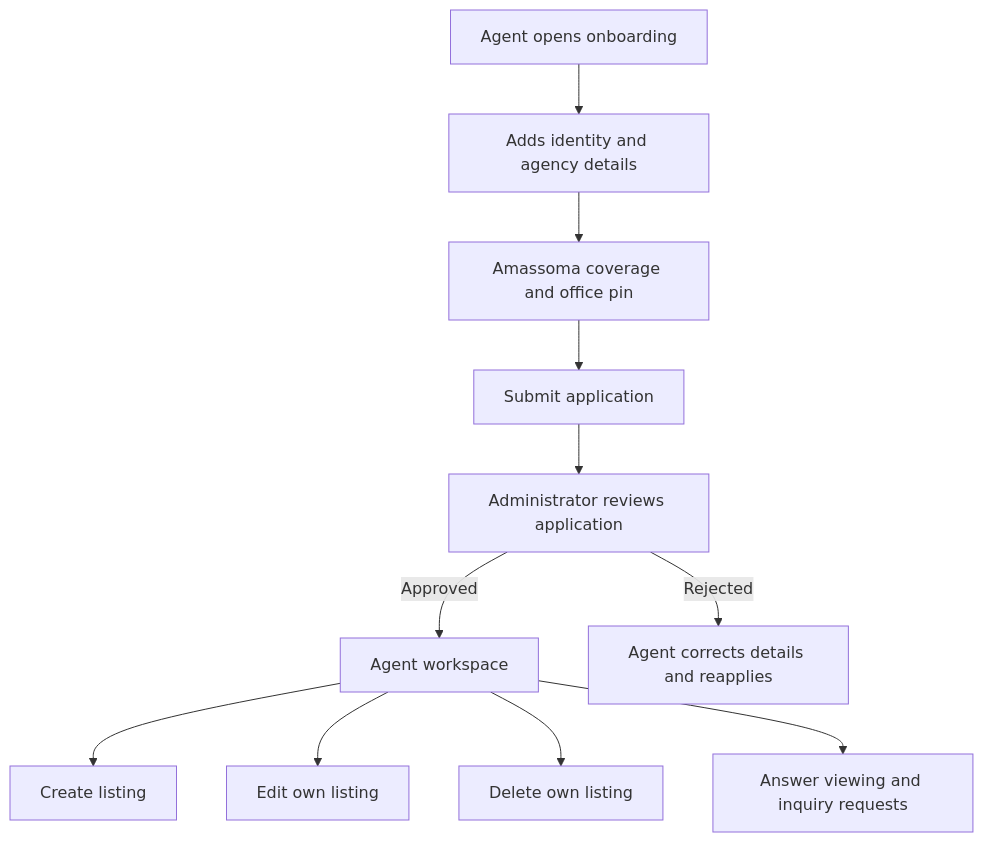
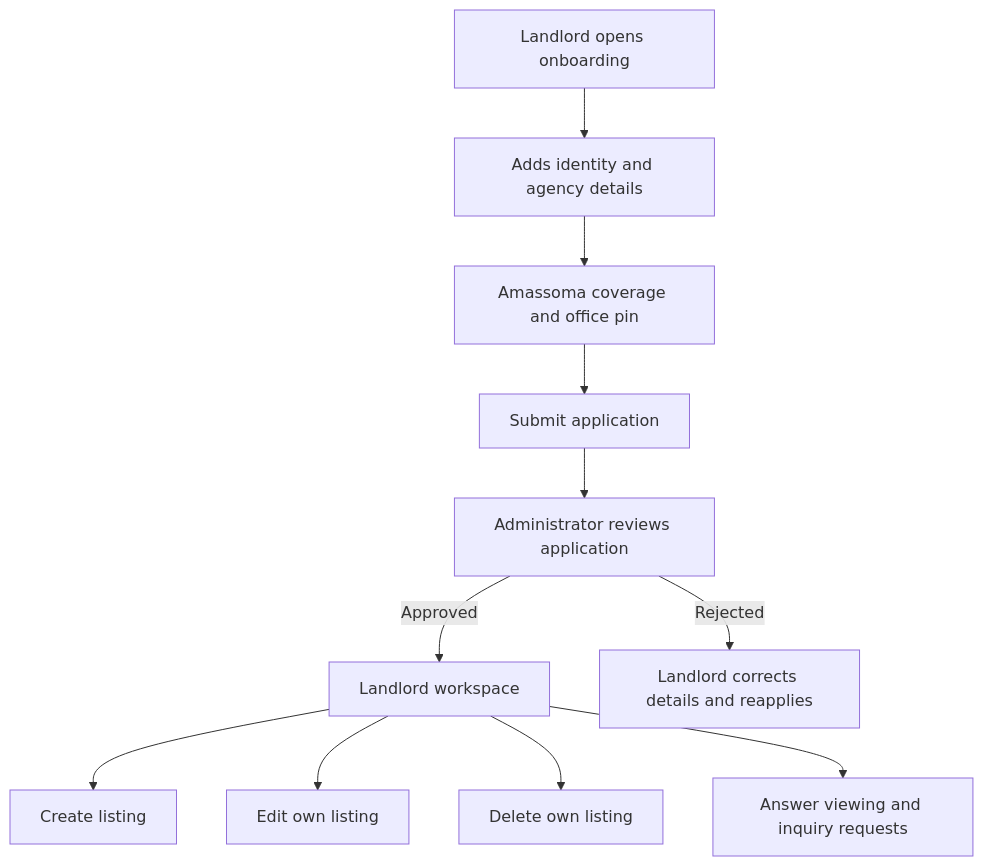
One commit to Tkay6677/oliv_homes changed the third of 7 diagrams in docs/oliv-homes.md. Above: the diagram before and after it, drawn with Mermaid. The commit also changed other lines of this file and 28 other files, not shown here.

````diff
--- a/docs/oliv-homes.md
+++ b/docs/oliv-homes.md
@@ -178,13 +178,13 @@
 ```mermaid
 flowchart TD
-	Apply["Agent opens onboarding"] --> Form["Adds identity and agency details"]
+	Apply["Landlord opens onboarding"] --> Form["Adds identity and agency details"]
 	Form --> Coverage["Amassoma coverage and office pin"]
 	Coverage --> Submit["Submit application"]
 	Submit --> AdminReview["Administrator reviews application"]
-	AdminReview -->|Approved| Workspace["Agent workspace"]
-	AdminReview -->|Rejected| Reapply["Agent corrects details and reapplies"]
+	AdminReview -->|Approved| Workspace["Landlord workspace"]
+	AdminReview -->|Rejected| Reapply["Landlord corrects details and reapplies"]
 	Workspace --> Create["Create listing"]
 	Workspace --> Edit["Edit own listing"]
 	Workspace --> Delete["Delete own listing"]
 	Workspace --> Requests["Answer viewing and inquiry requests"]
 ```
````
